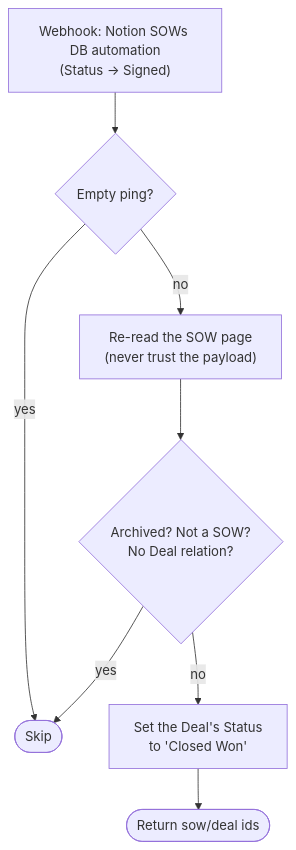
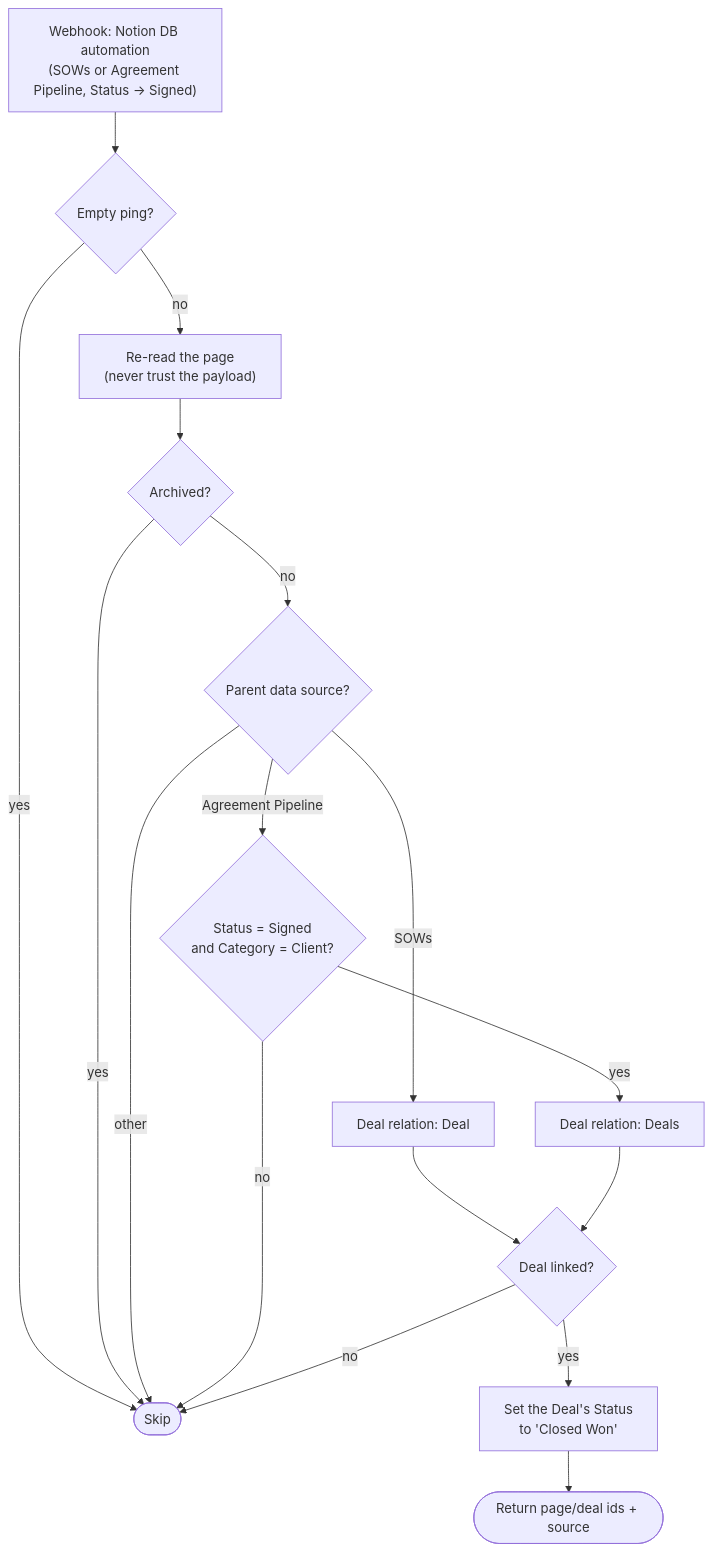
One commit to work-flowers/zapier-sdk changed the diagram in sow-signed-to-deal-won/README.md. Above: the diagram before and after it, drawn with Mermaid. The commit also changed other lines of this file and 12 other files, not shown here.

First line of the commit message:
TKT-1089: point eSignatures status sync and Deal-won at Agreement Pipeline (#334)

````diff
--- a/sow-signed-to-deal-won/README.md
+++ b/sow-signed-to-deal-won/README.md
@@ -29,10 +41,19 @@
 ```mermaid
 flowchart TD
-    A["Webhook: Notion SOWs DB automation<br/>(Status → Signed)"] --> B{"Empty ping?"}
+    A["Webhook: Notion DB automation<br/>(SOWs or Agreement Pipeline, Status → Signed)"] --> B{"Empty ping?"}
     B -- yes --> S(["Skip"])
-    B -- no --> C["Re-read the SOW page<br/>(never trust the payload)"]
-    C --> D{"Archived? Not a SOW?<br/>No Deal relation?"}
+    B -- no --> C["Re-read the page<br/>(never trust the payload)"]
+    C --> D{"Archived?"}
     D -- yes --> S
-    D -- no --> E["Set the Deal's Status<br/>to 'Closed Won'"]
-    E --> F(["Return sow/deal ids"])
+    D -- no --> SRC{"Parent data source?"}
+    SRC -- "other" --> S
+    SRC -- "SOWs" --> R1["Deal relation: Deal"]
+    SRC -- "Agreement Pipeline" --> G{"Status = Signed<br/>and Category = Client?"}
+    G -- no --> S
+    G -- yes --> R2["Deal relation: Deals"]
+    R1 --> H{"Deal linked?"}
+    R2 --> H
+    H -- no --> S
+    H -- yes --> E["Set the Deal's Status<br/>to 'Closed Won'"]
+    E --> F(["Return page/deal ids + source"])
 ```
````
